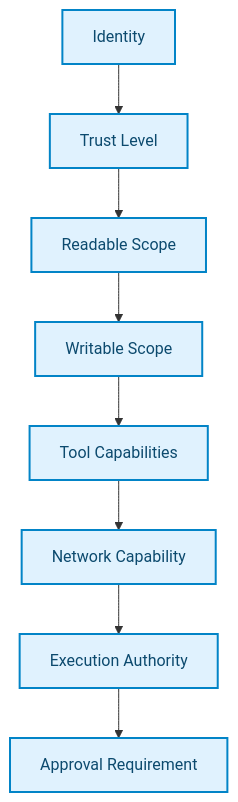
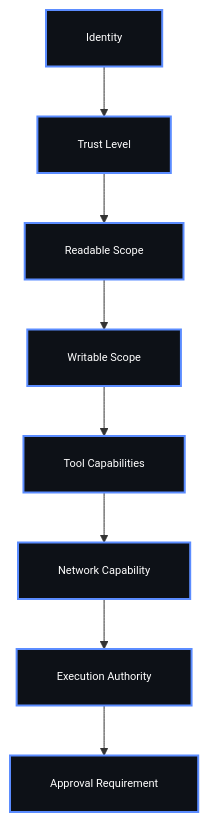
One commit to drferdii/Monorepo-safrs changed the third of 8 diagrams in README.md. Above: the diagram before and after it, drawn with Mermaid. The commit also changed other lines of this file, not shown here.

````diff
--- a/README.md
+++ b/README.md
@@ -325,16 +349,17 @@
 ```mermaid
+%%{init: {"flowchart": {"htmlLabels": false, "padding": 20}, "themeVariables": {"fontFamily": "monospace", "fontSize": "11px"}}}%%
 flowchart TB
     Identity["Identity"]
     Trust["Trust Level"]
     Read["Readable Scope"]
     Write["Writable Scope"]
     Tools["Tool Capabilities"]
     Network["Network Capability"]
     Execute["Execution Authority"]
     Approval["Approval Requirement"]
 
     Identity --> Trust --> Read --> Write --> Tools --> Network --> Execute --> Approval
 
-    classDef chain fill:#E0F2FE,stroke:#0284C7,color:#0C4A6E,stroke-width:2px;
+    classDef chain fill:#0D1117,stroke:#5B8CFF,color:#ffffff,stroke-width:2px;
     class Identity,Trust,Read,Write,Tools,Network,Execute,Approval chain;
 ```
````
